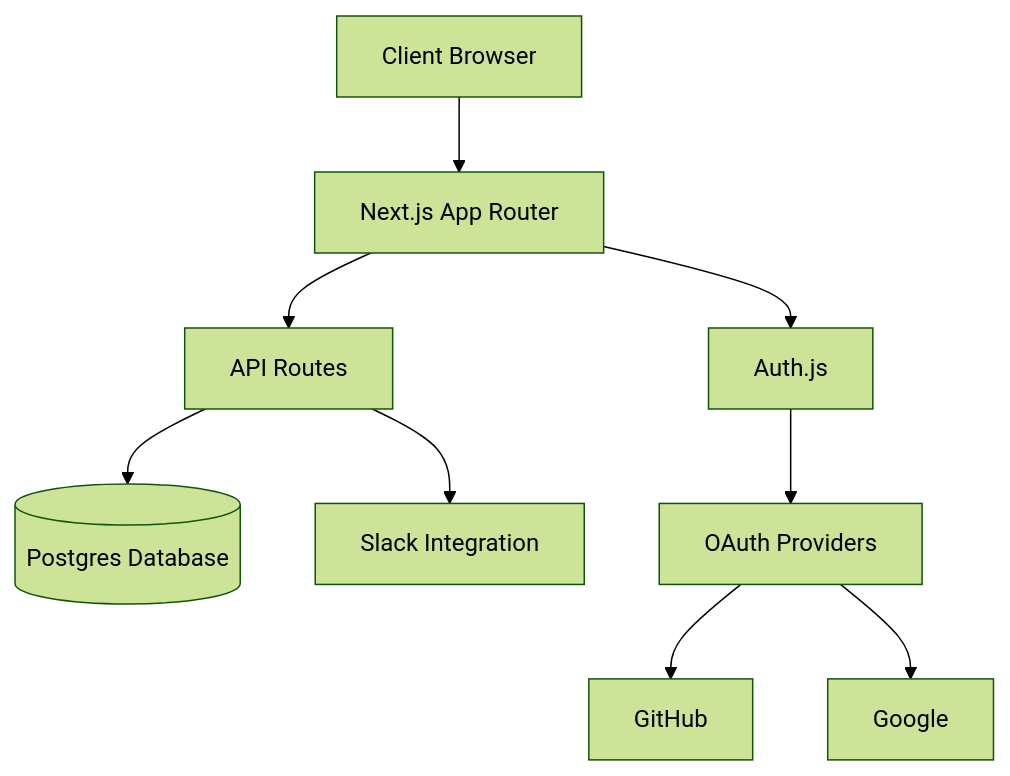
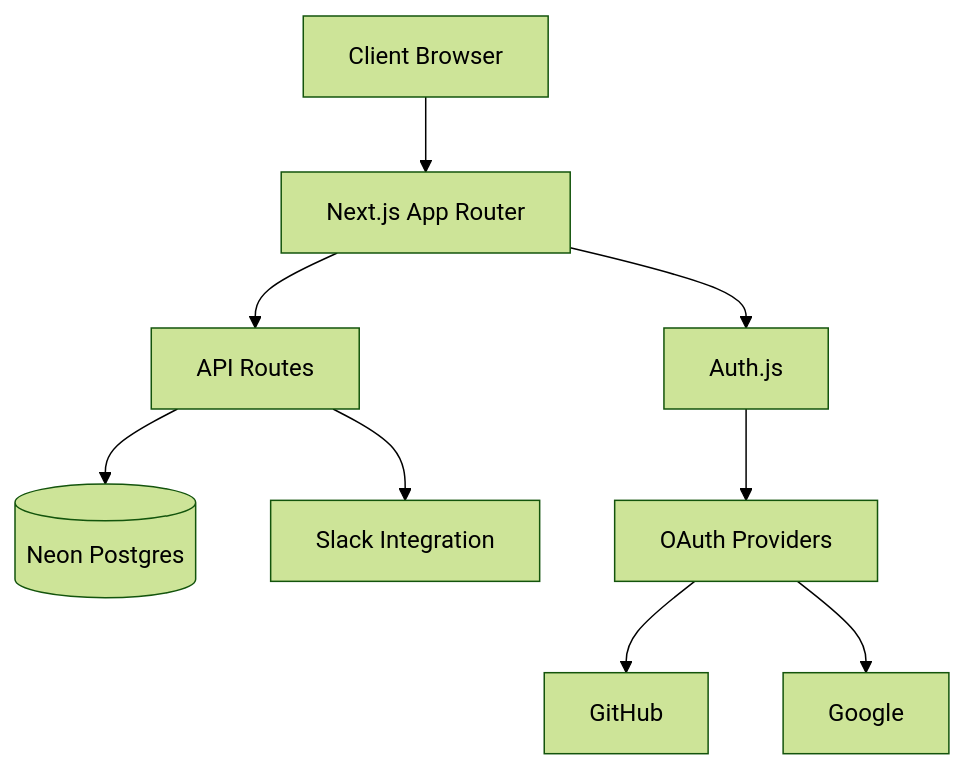
The first of 2 diagrams in architecture.md (nalbam/nextjs-admin), drawn with Mermaid (forest theme) before and after one commit. The commit also changed other lines of this file, not shown here.

Commit message:
Update architecture documentation to reflect changes in database and authentication systems

````diff
--- a/architecture.md
+++ b/architecture.md
@@ -7,11 +7,11 @@
 ```mermaid
 graph TD
     Client[Client Browser] --> Next[Next.js App Router]
     Next --> Auth[Auth.js]
     Next --> API[API Routes]
-    API --> DB[(Postgres Database)]
+    API --> DB[(Neon Postgres)]
     API --> Slack[Slack Integration]
     Auth --> OAuth[OAuth Providers]
     OAuth --> GitHub[GitHub]
     OAuth --> Google[Google]
 ```
````
